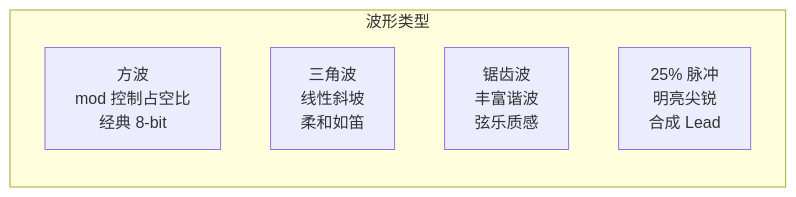
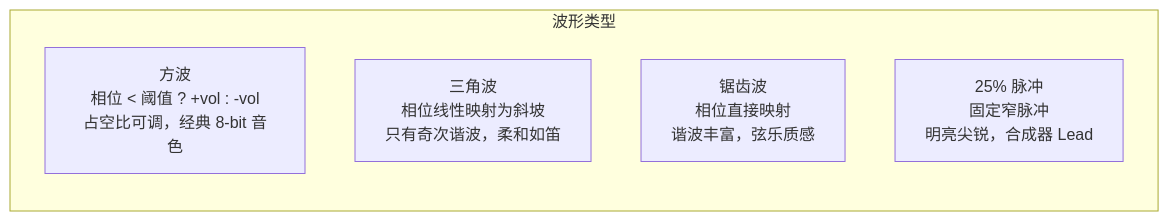
Before and after one commit to FASTSHIFT/MidiPlayer: the second of 4 diagrams in README.md, drawn with Mermaid. The commit also changed other lines of this file and 8 other files, not shown here.

````diff
--- a/README.md
+++ b/README.md
@@ -57,9 +59,9 @@
 ```mermaid
 graph LR
     subgraph "波形类型"
-        SQ["方波<br/>mod 控制占空比<br/>经典 8-bit"]
-        TRI["三角波<br/>线性斜坡<br/>柔和如笛"]
-        SAW["锯齿波<br/>丰富谐波<br/>弦乐质感"]
-        PLS["25% 脉冲<br/>明亮尖锐<br/>合成 Lead"]
+        SQ["方波<br/>相位 < 阈值 ? +vol : -vol<br/>占空比可调，经典 8-bit 音色"]
+        TRI["三角波<br/>相位线性映射为斜坡<br/>只有奇次谐波，柔和如笛"]
+        SAW["锯齿波<br/>相位直接映射<br/>谐波丰富，弦乐质感"]
+        PLS["25% 脉冲<br/>固定窄脉冲<br/>明亮尖锐，合成器 Lead"]
     end
 ```
````
